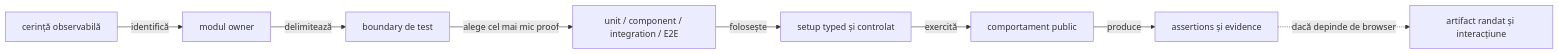
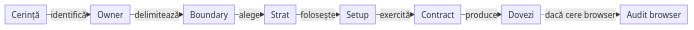
The first of 2 diagrams in docs/ATF_Testing_Guide.md (crististefanita/atf_j0), drawn with Mermaid before and after one commit. The commit also changed other lines of this file and 97 other files, not shown here.

````diff
--- a/docs/ATF_Testing_Guide.md
+++ b/docs/ATF_Testing_Guide.md
@@ -12,10 +12,11 @@
 ```mermaid
+%%{init: {"themeVariables":{"fontSize":"15px"},"themeCSS":".nodeLabel, .nodeLabel p { font-size: 15px !important; line-height: 1.35 !important; } .edgeLabel, .edgeLabel p { font-size: 12px !important; font-weight: 400 !important; line-height: 1.2 !important; } .edgeLabel .labelBkg, .edgeLabel p { background: transparent !important; } .edgeLabel foreignObject { transform: translateY(-18px); overflow: visible; } .node rect { rx: 6px; ry: 6px; }","flowchart":{"curve":"linear","nodeSpacing":24,"rankSpacing":16,"padding":6,"diagramPadding":20}}}%%
 flowchart LR
-    Requirement["cerință observabilă"] -->|identifică| Owner["modul owner"]
-    Owner -->|delimitează| Boundary["boundary de test"]
-    Boundary -->|alege cel mai mic proof| Layer["unit / component / integration / E2E"]
-    Layer -->|folosește| Setup["setup typed și controlat"]
-    Setup -->|exercită| Contract["comportament public"]
-    Contract -->|produce| Evidence["assertions și evidence"]
-    Evidence -. dacă depinde de browser .-> Browser["artifact randat și interacțiune"]
+    Requirement["Cerință"] -->|identifică| Owner["Owner"]
+    Owner -->|delimitează| Boundary["Boundary"]
+    Boundary -->|alege| Layer["Strat"]
+    Layer -->|folosește| Setup["Setup"]
+    Setup -->|exercită| Contract["Contract"]
+    Contract -->|produce| Evidence["Dovezi"]
+    Evidence -. dacă cere browser .-> Browser["Audit browser"]
 ```
````
